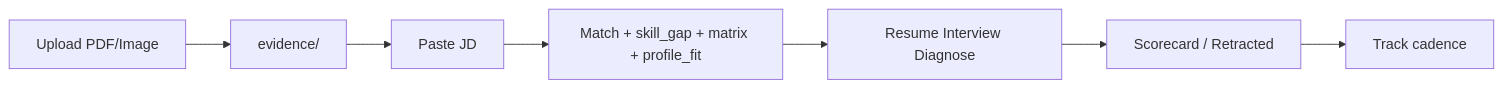
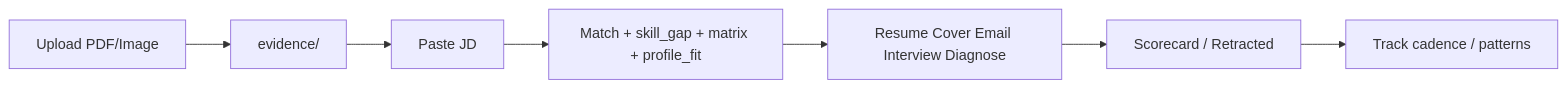
Before and after one commit to QinHsiu/Compass: the diagram in README.md, drawn with Mermaid. The commit also changed other lines of this file and 11 other files, not shown here.

First line of the commit message:
Ship v0.22.0: cover letter, apply-email, track patterns.

````diff
--- a/README.md
+++ b/README.md
@@ -139,9 +140,9 @@
 ```mermaid
 flowchart LR
   upload[Upload PDF/Image] --> evidence[evidence/]
   evidence --> jd[Paste JD]
   jd --> match[Match + skill_gap + matrix + profile_fit]
-  match --> pipe[Resume Interview Diagnose]
+  match --> pipe[Resume Cover Email Interview Diagnose]
   pipe --> score[Scorecard / Retracted]
-  score --> track[Track cadence]
+  score --> track[Track cadence / patterns]
 ```
````
